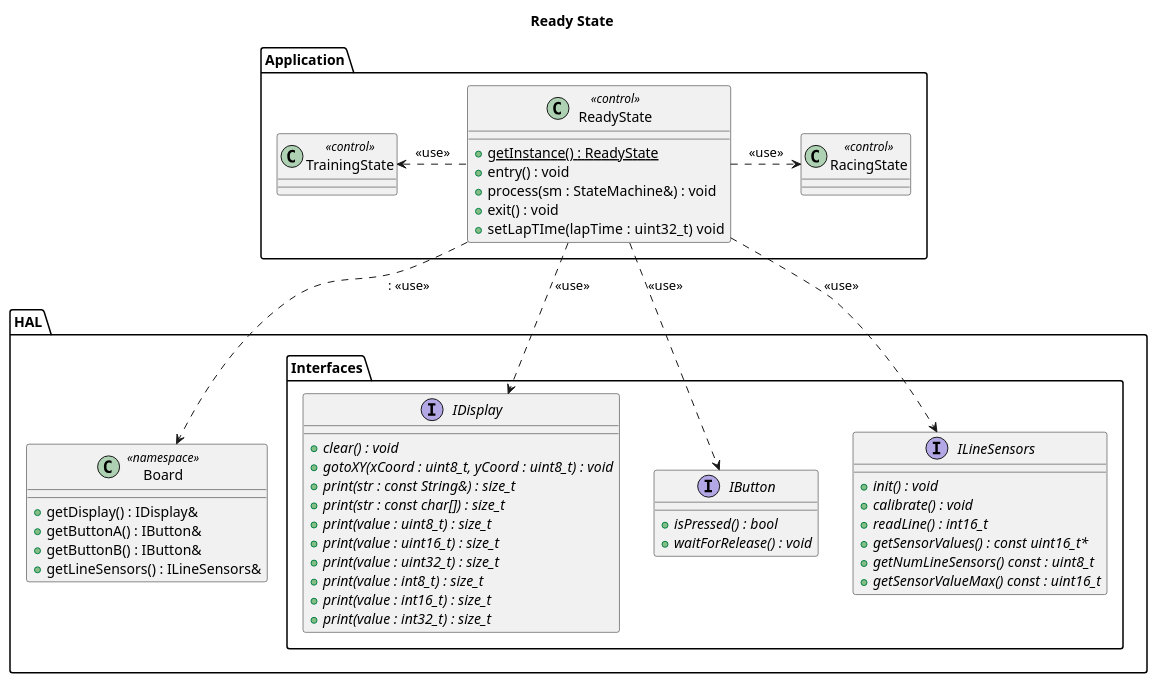
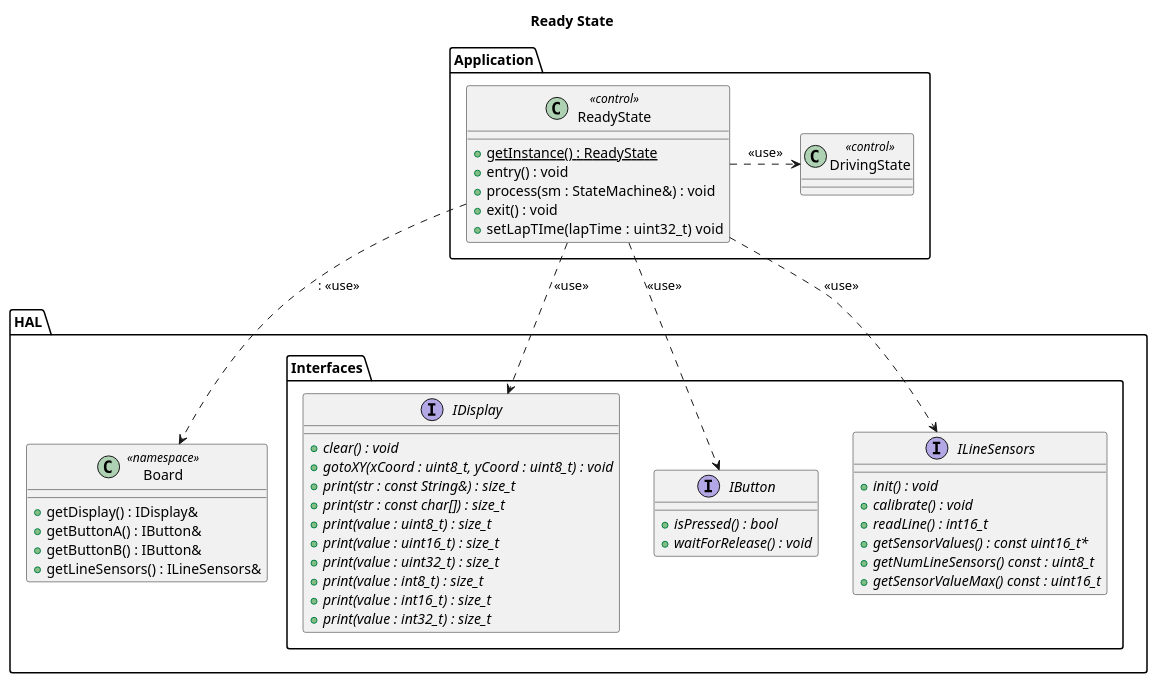
One commit to BlueAndi/RadonUlzer changed the diagram in doc/architecture/uml/LogicalView/ReinforcementLearning/ReadyState.plantuml. Above: the diagram before and after it, drawn with PlantUML. The commit also changed 4 other files, not shown here.

Commit message:
Removing the training status from the application architecture and correcting the spelling

```diff
--- a/doc/architecture/uml/LogicalView/ReinforcementLearning/ReadyState.plantuml
+++ b/doc/architecture/uml/LogicalView/ReinforcementLearning/ReadyState.plantuml
@@ -1,65 +1,63 @@
 @startuml
 
 title Ready State
 
 package "Application" as appLayer {
 
     class ReadyState <<control>> {
         + {static} getInstance() : ReadyState
         + entry() : void
         + process(sm : StateMachine&) : void
         + exit() : void
         + setLapTIme(lapTime : uint32_t)  void
     }
 
-    class TrainingState <<control>>
-    class RacingState <<control>>
-    ReadyState .r.> RacingState: <<use>>
-    ReadyState .l.> TrainingState: <<use>>
+    class DrivingState <<control>>
+    ReadyState .r.> DrivingState: <<use>>
 }
 
 package "HAL" as hal {
 
     package "Interfaces" as halInterfaces {
         interface IDisplay {
             + {abstract} clear() : void
             + {abstract} gotoXY(xCoord : uint8_t, yCoord : uint8_t) : void
             + {abstract} print(str : const String&) : size_t
             + {abstract} print(str : const char[]) : size_t
             + {abstract} print(value : uint8_t) : size_t
             + {abstract} print(value : uint16_t) : size_t
             + {abstract} print(value : uint32_t) : size_t
             + {abstract} print(value : int8_t) : size_t
             + {abstract} print(value : int16_t) : size_t
             + {abstract} print(value : int32_t) : size_t
         }
 
         interface IButton {
             + {abstract} isPressed() : bool
             + {abstract} waitForRelease() : void
         }
 
         interface ILineSensors {
             + {abstract} init() : void
             + {abstract} calibrate() : void
             + {abstract} readLine() : int16_t
             + {abstract} getSensorValues() : const uint16_t*
             + {abstract} getNumLineSensors() const : uint8_t
             + {abstract} getSensorValueMax() const : uint16_t
         }
     }
 
     class Board << namespace >> {
         + getDisplay() : IDisplay&
         + getButtonA() : IButton&
         + getButtonB() : IButton&
         + getLineSensors() : ILineSensors&
     }
 }
 
 ReadyState ..> IDisplay: <<use>>
 ReadyState ..> IButton: <<use>>
 ReadyState ..> ILineSensors: <<use>>
 ReadyState ..> Board:: <<use>>
 
 @enduml
```
